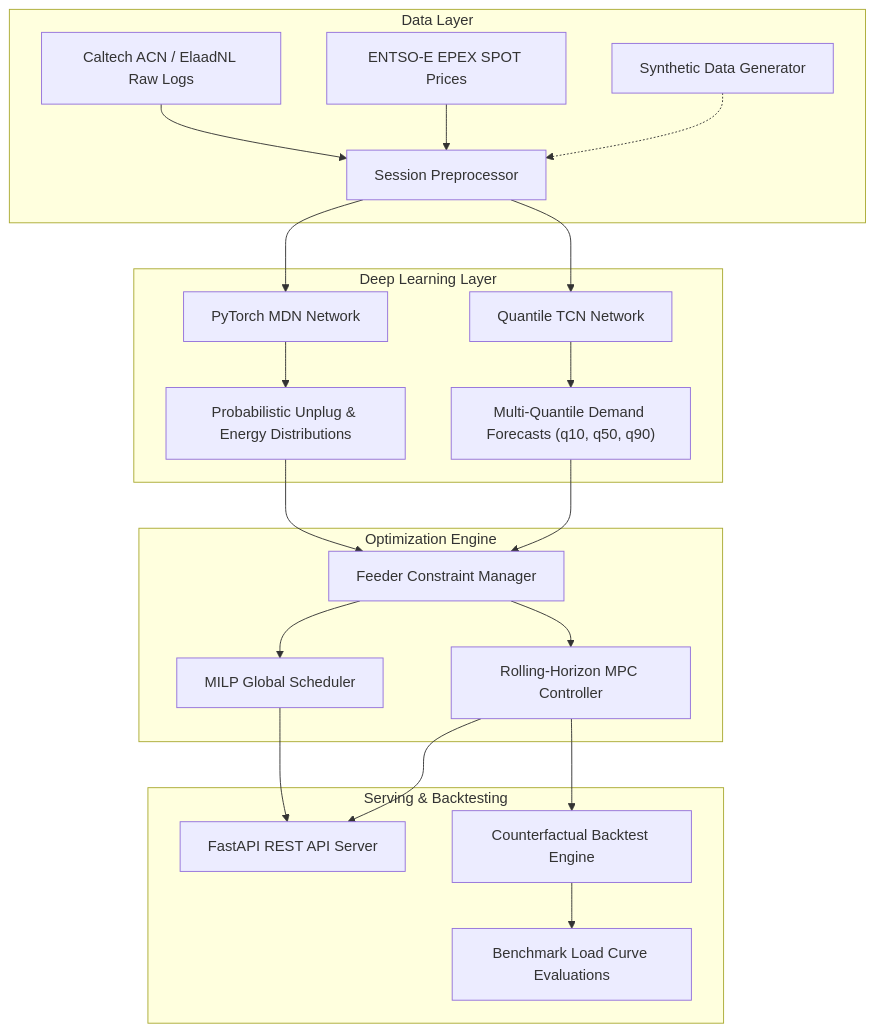
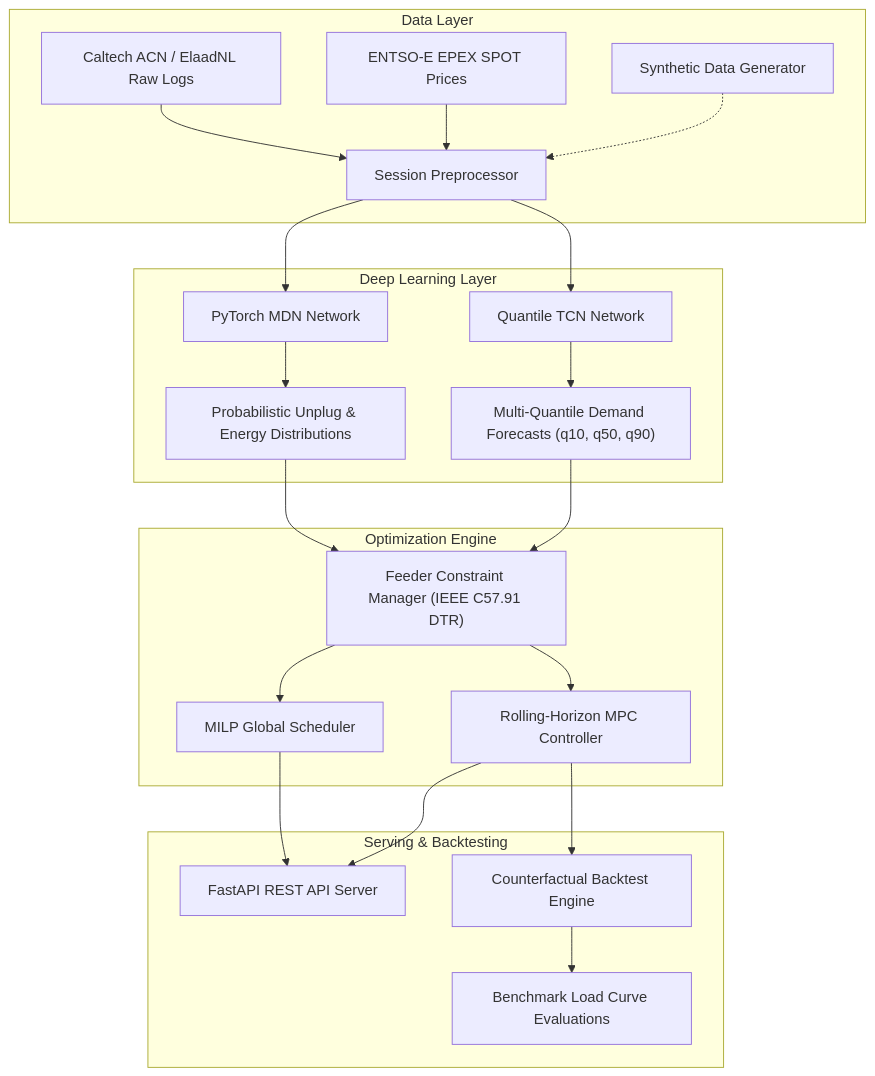
Before and after one commit to alecmack00/ev-flex-ml: the diagram in README.md, drawn with Mermaid. The commit also changed other lines of this file, not shown here.

````diff
--- a/README.md
+++ b/README.md
@@ -17,29 +17,29 @@
 ```mermaid
 flowchart TD
     subgraph Data_Layer["Data Layer"]
         A["Caltech ACN / ElaadNL Raw Logs"] --> C["Session Preprocessor"]
         B["ENTSO-E EPEX SPOT Prices"] --> C
         S["Synthetic Data Generator"] -.-> C
     end
 
     subgraph Deep_Learning_Layer["Deep Learning Layer"]
         C --> D["PyTorch MDN Network"]
         C --> E["Quantile TCN Network"]
         D --> F["Probabilistic Unplug & Energy Distributions"]
         E --> G["Multi-Quantile Demand Forecasts (q10, q50, q90)"]
     end
 
     subgraph Optimization_Engine["Optimization Engine"]
-        F --> H["Feeder Constraint Manager"]
+        F --> H["Feeder Constraint Manager (IEEE C57.91 DTR)"]
         G --> H
         H --> I["MILP Global Scheduler"]
         H --> J["Rolling-Horizon MPC Controller"]
     end
 
     subgraph Serving_and_Backtesting["Serving & Backtesting"]
         I --> K["FastAPI REST API Server"]
         J --> K
         J --> L["Counterfactual Backtest Engine"]
         L --> M["Benchmark Load Curve Evaluations"]
     end
 ```
````
